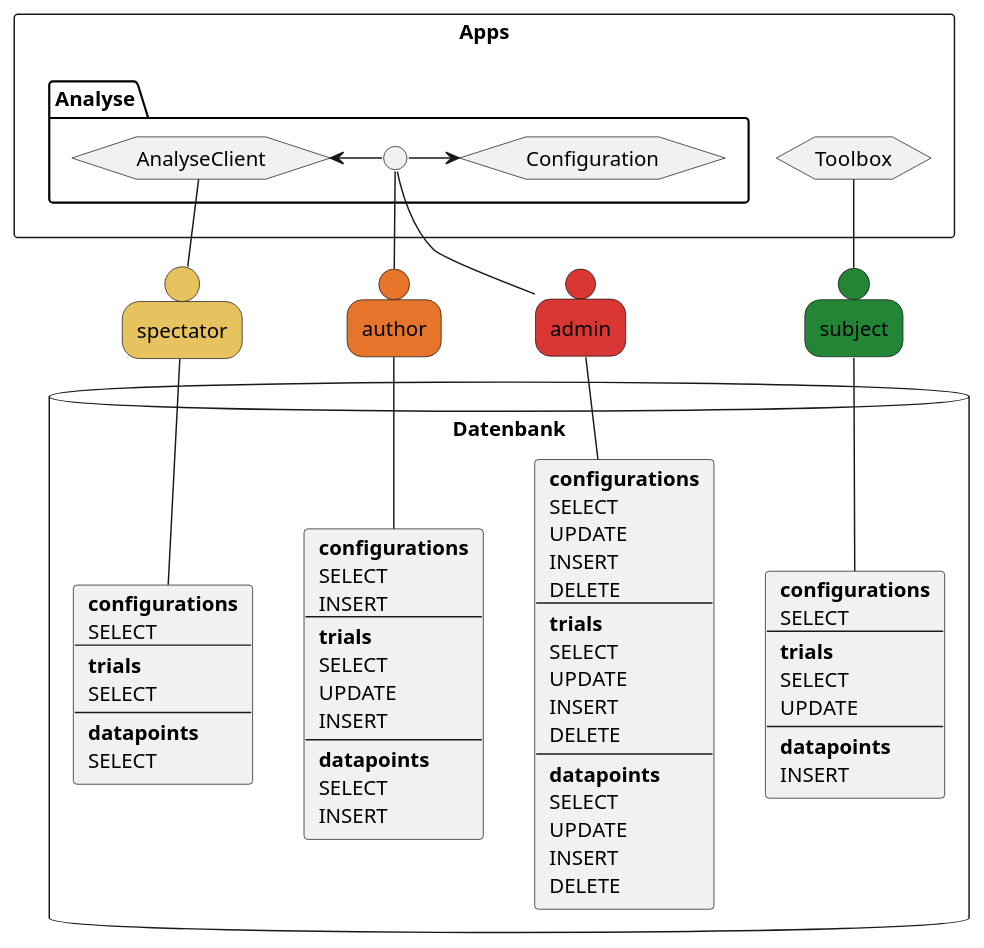
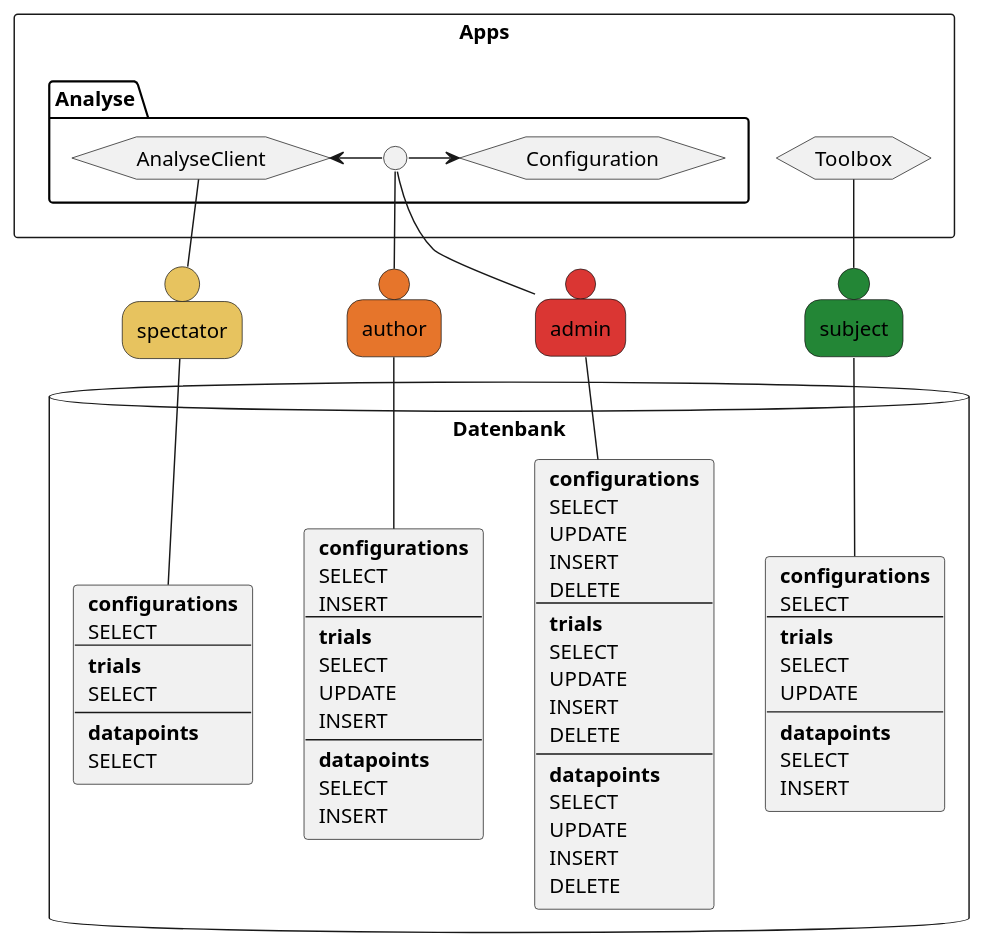
One commit to weichware-10/dokumente changed the diagram in uml-usecase/db/users.puml. Above: the diagram before and after it, drawn with PlantUML. The commit also changed 2 other files, not shown here.

```diff
--- a/uml-usecase/db/users.puml
+++ b/uml-usecase/db/users.puml
@@ -1,97 +1,98 @@
 @startuml users
 ' left to right direction
 
 rectangle Apps {
     hexagon Toolbox as tb
     package Analyse as a {
         hexagon AnalyseClient as ac
         hexagon Configuration as co
         interface " " as both
         both -l-> ac
         both -r-> co
     }
 }
 
 person subject      as su #238636
 person spectator    as sp #E7C35F
 person author       as au #E6752B
 person admin        as ad #DA3633
 
 
 ' note right of su
 '     keine einzelnen Nutzer,
 '     Rolle wird in ToolBox festgesetzt
 ' end note
 
 database Datenbank {
     ' SUBJECT
     card dbsu [
         **configurations**
         SELECT
         --
         **trials**
         SELECT
         UPDATE
         --
         **datapoints**
+        SELECT
         INSERT
     ]
     ' SPECTATOR
     card dbsp [
         **configurations**
         SELECT
         --
         **trials**
         SELECT
         --
         **datapoints**
         SELECT
     ]
     ' AUTHOR
     card dbau [
         **configurations**
         SELECT
         INSERT
         --
         **trials**
         SELECT
         UPDATE
         INSERT
         --
         **datapoints**
         SELECT
         INSERT
     ]
     ' ADMIN
     card dbad [
         **configurations**
         SELECT
         UPDATE
         INSERT
         DELETE
         --
         **trials**
         SELECT
         UPDATE
         INSERT
         DELETE
         --
         **datapoints**
         SELECT
         UPDATE
         INSERT
         DELETE
     ]
 }
 
 su -u- tb
 sp -u- ac
 au -u- both
 ad -u- both
 
 su -- dbsu
 sp -- dbsp
 au -- dbau
 ad -- dbad
 
 @enduml
```
